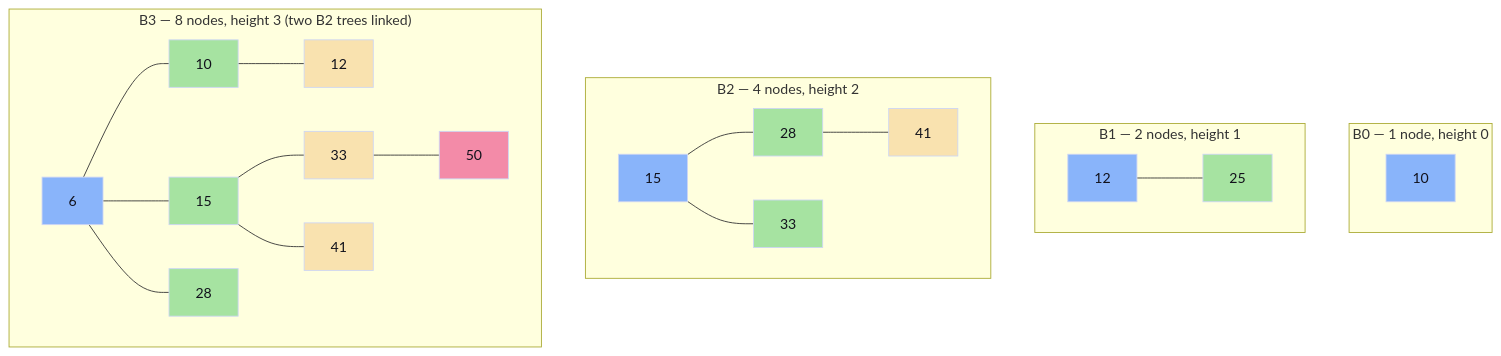
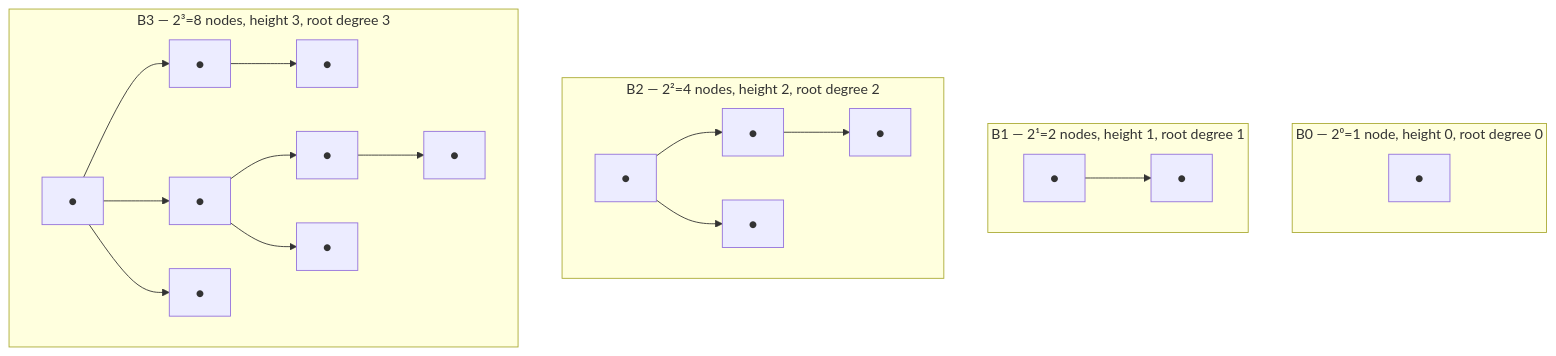
One commit to DeepLumiere/DeepSkills changed diagram 17 of 29 in notes/design_and_analysis_of_algorithms/Unit_04_Advanced_Data_Structures.md. Above: the diagram before and after it, drawn with Mermaid. The commit also changed other lines of this file, not shown here.

Commit message:
feat: add comprehensive notes and trace documentation for advanced data structures including Red-Black Trees

````diff
--- a/notes/design_and_analysis_of_algorithms/Unit_04_Advanced_Data_Structures.md
+++ b/notes/design_and_analysis_of_algorithms/Unit_04_Advanced_Data_Structures.md
@@ -413,41 +709,23 @@
 ```mermaid
 flowchart TD
-    subgraph "B0 — 1 node, height 0"
-        b0["10"]
-        style b0 fill:#89b4fa,stroke:#cdd6f4,color:#11111b
+    subgraph "B0 — 2⁰=1 node, height 0, root degree 0"
+        b0["●"]
     end
-
-    subgraph "B1 — 2 nodes, height 1"
-        b1r["12"] --- b1c1["25"]
-        style b1r fill:#89b4fa,stroke:#cdd6f4,color:#11111b
-        style b1c1 fill:#a6e3a1,stroke:#cdd6f4,color:#11111b
+    subgraph "B1 — 2¹=2 nodes, height 1, root degree 1"
+        b1r["●"] --> b1c["●"]
     end
-
-    subgraph "B2 — 4 nodes, height 2"
-        b2r["15"] --- b2c1["28"]
-        b2r --- b2c2["33"]
-        b2c1 --- b2c11["41"]
-        style b2r fill:#89b4fa,stroke:#cdd6f4,color:#11111b
-        style b2c1 fill:#a6e3a1,stroke:#cdd6f4,color:#11111b
-        style b2c2 fill:#a6e3a1,stroke:#cdd6f4,color:#11111b
-        style b2c11 fill:#f9e2af,stroke:#cdd6f4,color:#11111b
+    subgraph "B2 — 2²=4 nodes, height 2, root degree 2"
+        b2r["●"] --> b2c1["●"]
+        b2r --> b2c2["●"]
+        b2c1 --> b2gc["●"]
     end
-
-    subgraph "B3 — 8 nodes, height 3 (two B2 trees linked)"
-        b3r["6"] --- b3c0["10"]
-        b3r --- b3c1["15"]
-        b3r --- b3c2["28"]
-        b3c0 --- b3gc1["12"]
-        b3c1 --- b3gc2["33"]
-        b3c1 --- b3gc3["41"]
-        b3gc2 --- b3ggc1["50"]
-        style b3r fill:#89b4fa,stroke:#cdd6f4,color:#11111b
-        style b3c0 fill:#a6e3a1,stroke:#cdd6f4,color:#11111b
-        style b3c1 fill:#a6e3a1,stroke:#cdd6f4,color:#11111b
-        style b3c2 fill:#a6e3a1,stroke:#cdd6f4,color:#11111b
-        style b3gc1 fill:#f9e2af,stroke:#cdd6f4,color:#11111b
-        style b3gc2 fill:#f9e2af,stroke:#cdd6f4,color:#11111b
-        style b3gc3 fill:#f9e2af,stroke:#cdd6f4,color:#11111b
-        style b3ggc1 fill:#f38ba8,stroke:#cdd6f4,color:#11111b
+    subgraph "B3 — 2³=8 nodes, height 3, root degree 3"
+        b3r["●"] --> b3c0["●"]
+        b3r --> b3c1["●"]
+        b3r --> b3c2["●"]
+        b3c0 --> b3gc1["●"]
+        b3c1 --> b3gc2["●"]
+        b3c1 --> b3gc3["●"]
+        b3gc2 --> b3ggc["●"]
     end
 ```
````
